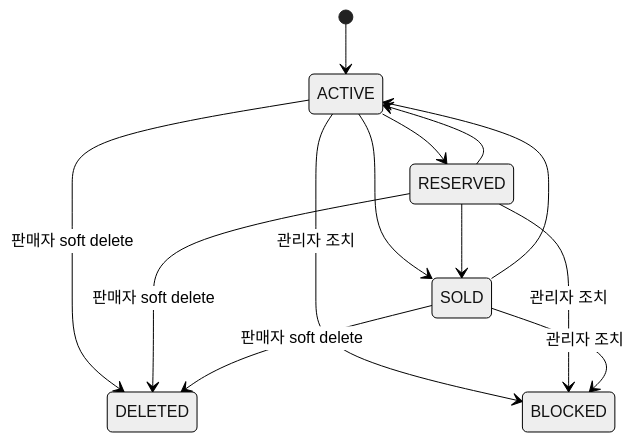
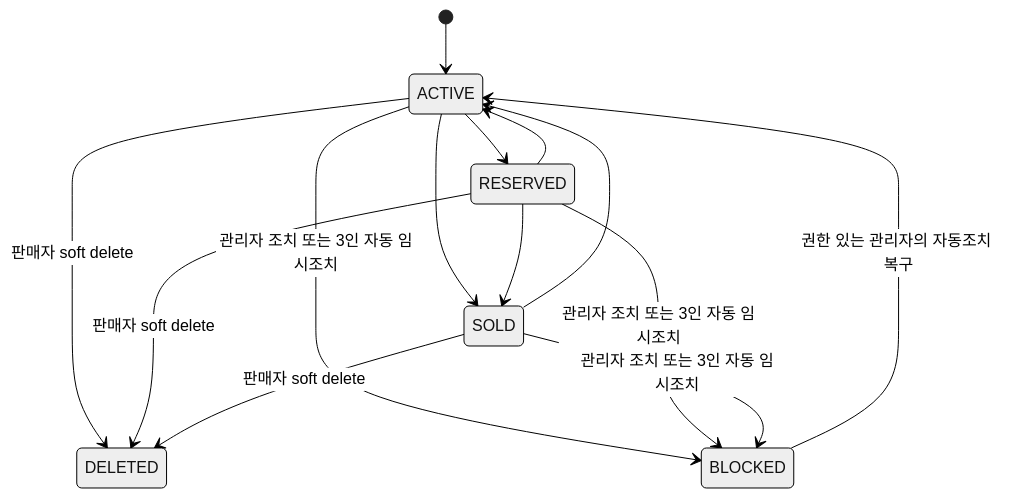
One commit to harute7660/tiny-secondhand-shopping-platform changed the third of 3 diagrams in docs/09_REPORT_DRAFT.md. Above: the diagram before and after it, drawn with Mermaid (neutral theme). The commit also changed other lines of this file and 50 other files, not shown here.

````diff
--- a/docs/09_REPORT_DRAFT.md
+++ b/docs/09_REPORT_DRAFT.md
@@ -265,15 +275,16 @@
 ```mermaid
 stateDiagram-v2
     [*] --> ACTIVE
     ACTIVE --> RESERVED
     ACTIVE --> SOLD
     RESERVED --> ACTIVE
     RESERVED --> SOLD
     SOLD --> ACTIVE
     ACTIVE --> DELETED: 판매자 soft delete
     RESERVED --> DELETED: 판매자 soft delete
     SOLD --> DELETED: 판매자 soft delete
-    ACTIVE --> BLOCKED: 관리자 조치
-    RESERVED --> BLOCKED: 관리자 조치
-    SOLD --> BLOCKED: 관리자 조치
+    ACTIVE --> BLOCKED: 관리자 조치 또는 3인 자동 임시조치
+    RESERVED --> BLOCKED: 관리자 조치 또는 3인 자동 임시조치
+    SOLD --> BLOCKED: 관리자 조치 또는 3인 자동 임시조치
+    BLOCKED --> ACTIVE: 권한 있는 관리자의 자동조치 복구
 ```
````
